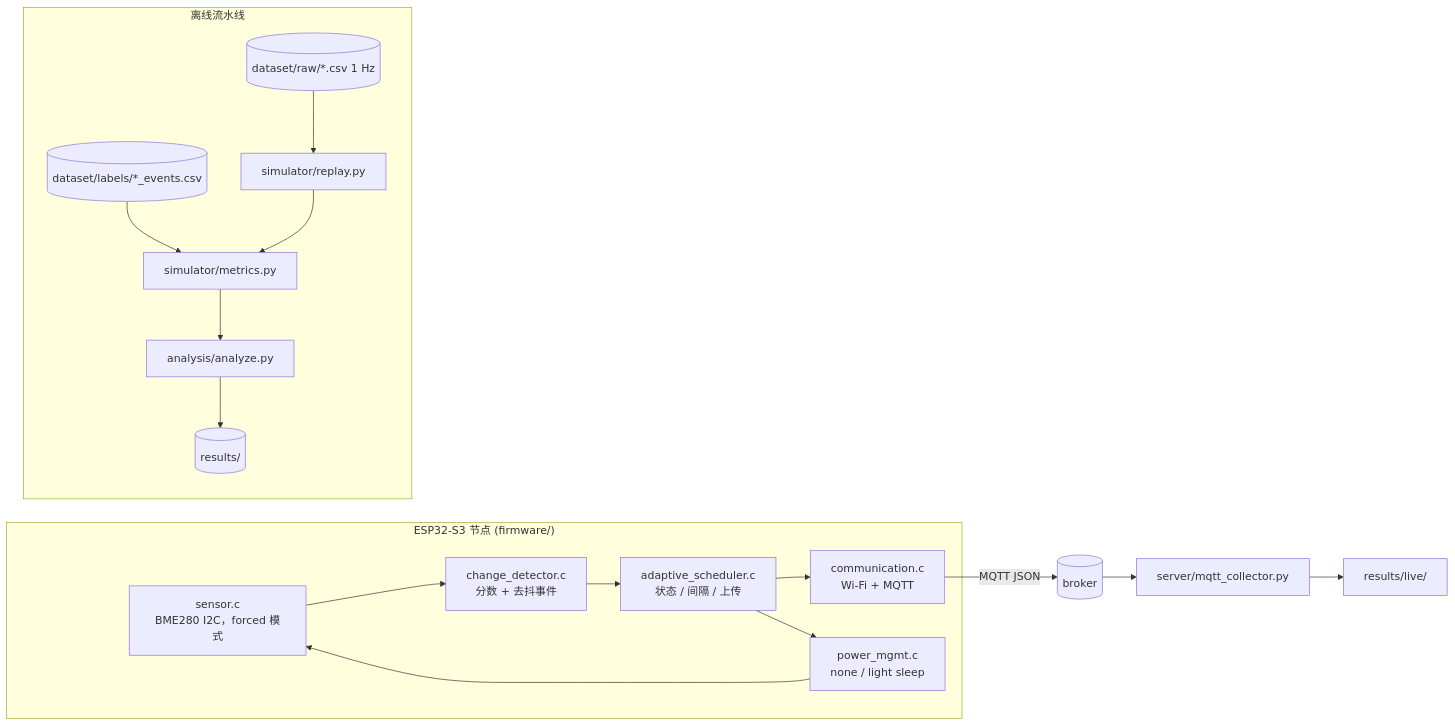
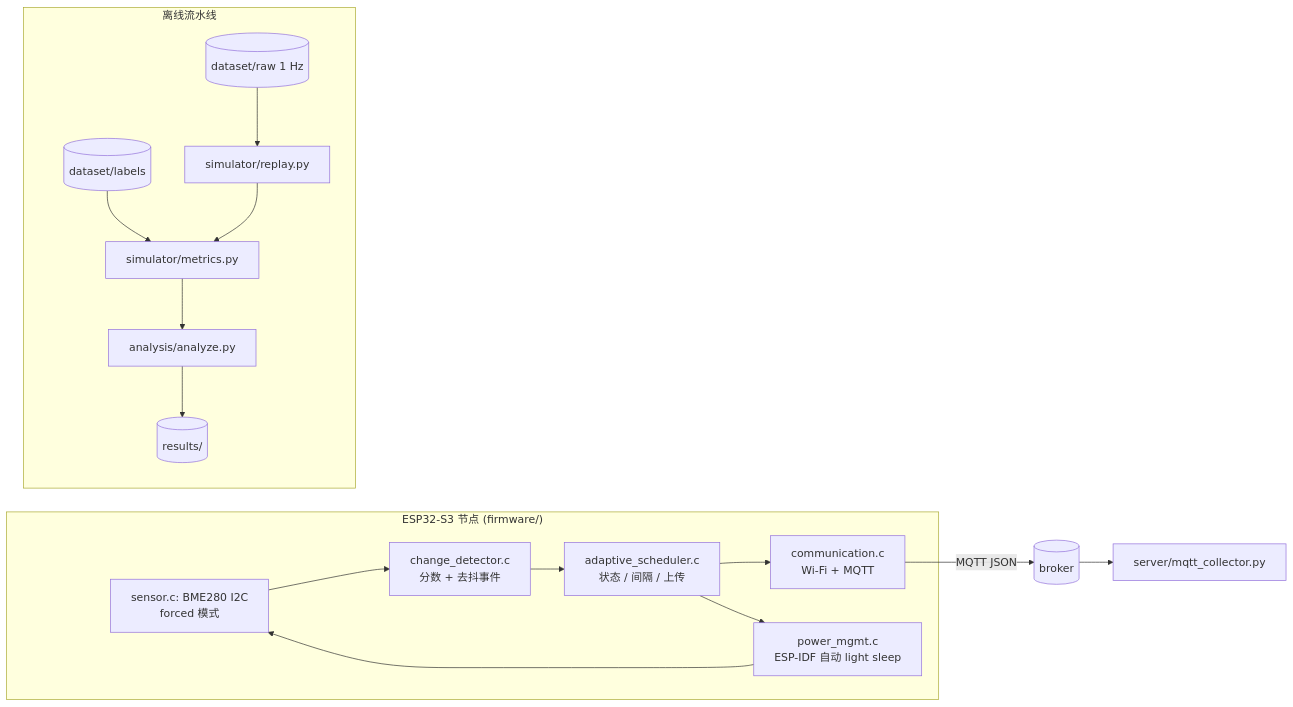
One commit to Sver0411/AdaptiveSense changed the diagram in README_zh.md. Above: the diagram before and after it, drawn with Mermaid. The commit also changed other lines of this file and 49 other files, not shown here.

````diff
--- a/README_zh.md
+++ b/README_zh.md
@@ -50,21 +42,20 @@
 ```mermaid
 flowchart LR
     subgraph Node["ESP32-S3 节点 (firmware/)"]
-        SEN[sensor.c<br/>BME280 I2C，forced 模式] --> CD[change_detector.c<br/>分数 + 去抖事件]
-        CD --> AS[adaptive_scheduler.c<br/>状态 / 间隔 / 上传]
-        AS --> COMM[communication.c<br/>Wi-Fi + MQTT]
-        AS --> PM[power_mgmt.c<br/>none / light sleep]
+        SEN["sensor.c: BME280 I2C<br/>forced 模式"] --> CD["change_detector.c<br/>分数 + 去抖事件"]
+        CD --> AS["adaptive_scheduler.c<br/>状态 / 间隔 / 上传"]
+        AS --> COMM["communication.c<br/>Wi-Fi + MQTT"]
+        AS --> PM["power_mgmt.c<br/>ESP-IDF 自动 light sleep"]
         PM --> SEN
     end
     COMM -->|MQTT JSON| BROKER[(broker)]
     BROKER --> COLLECT[server/mqtt_collector.py]
-    COLLECT --> LIVE[results/live/]
 
     subgraph Analysis["离线流水线"]
-        RAW[(dataset/raw/*.csv 1 Hz)] --> REPLAY[simulator/replay.py]
-        LAB[(dataset/labels/*_events.csv)] --> MET[simulator/metrics.py]
+        RAW[(dataset/raw 1 Hz)] --> REPLAY[simulator/replay.py]
+        LAB[(dataset/labels)] --> MET[simulator/metrics.py]
         REPLAY --> MET
         MET --> ANA[analysis/analyze.py]
         ANA --> RES[(results/)]
     end
 ```
````
